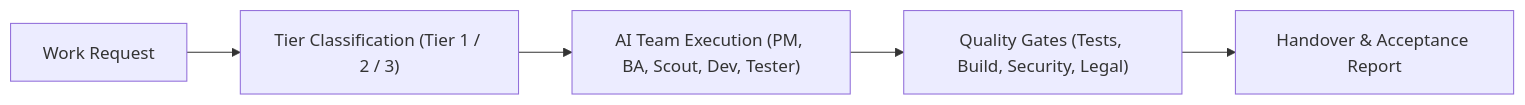
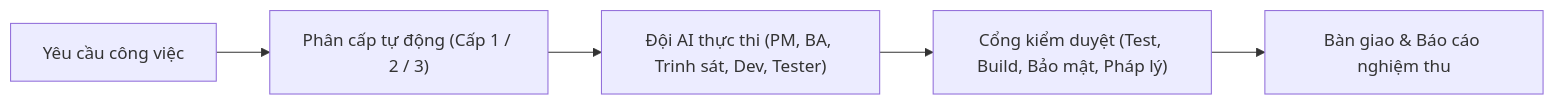
Before and after one commit to developerfs0110/Sen: the diagram in README.md, drawn with Mermaid. The commit also changed other lines of this file and 3 other files, not shown here.

````diff
--- a/README.md
+++ b/README.md
@@ -28,7 +28,7 @@
 ```mermaid
 flowchart LR
-    A["Work Request"] --> B["Tier Classification (Tier 1 / 2 / 3)"]
-    B --> C["AI Team Execution (PM, BA, Scout, Dev, Tester)"]
-    C --> D["Quality Gates (Tests, Build, Security, Legal)"]
-    D --> E["Handover & Acceptance Report"]
+    A["Yêu cầu công việc"] --> B["Phân cấp tự động (Cấp 1 / 2 / 3)"]
+    B --> C["Đội AI thực thi (PM, BA, Trinh sát, Dev, Tester)"]
+    C --> D["Cổng kiểm duyệt (Test, Build, Bảo mật, Pháp lý)"]
+    D --> E["Bàn giao & Báo cáo nghiệm thu"]
 ```
````
